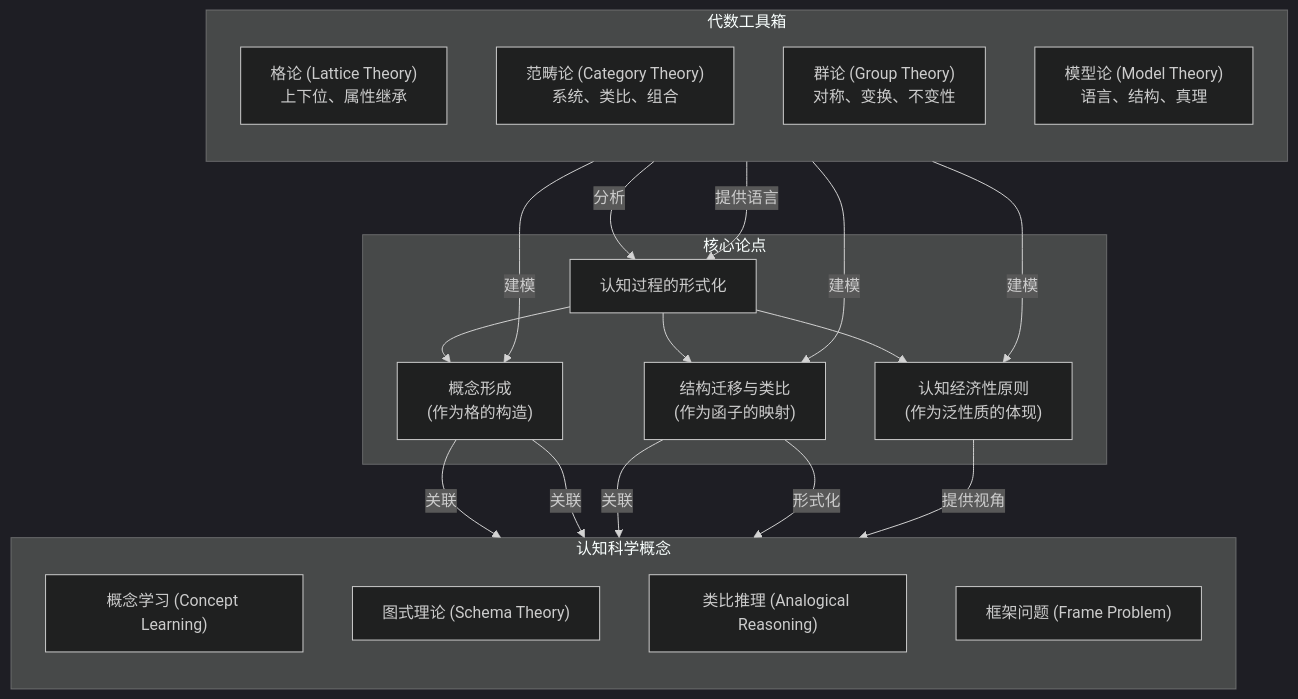
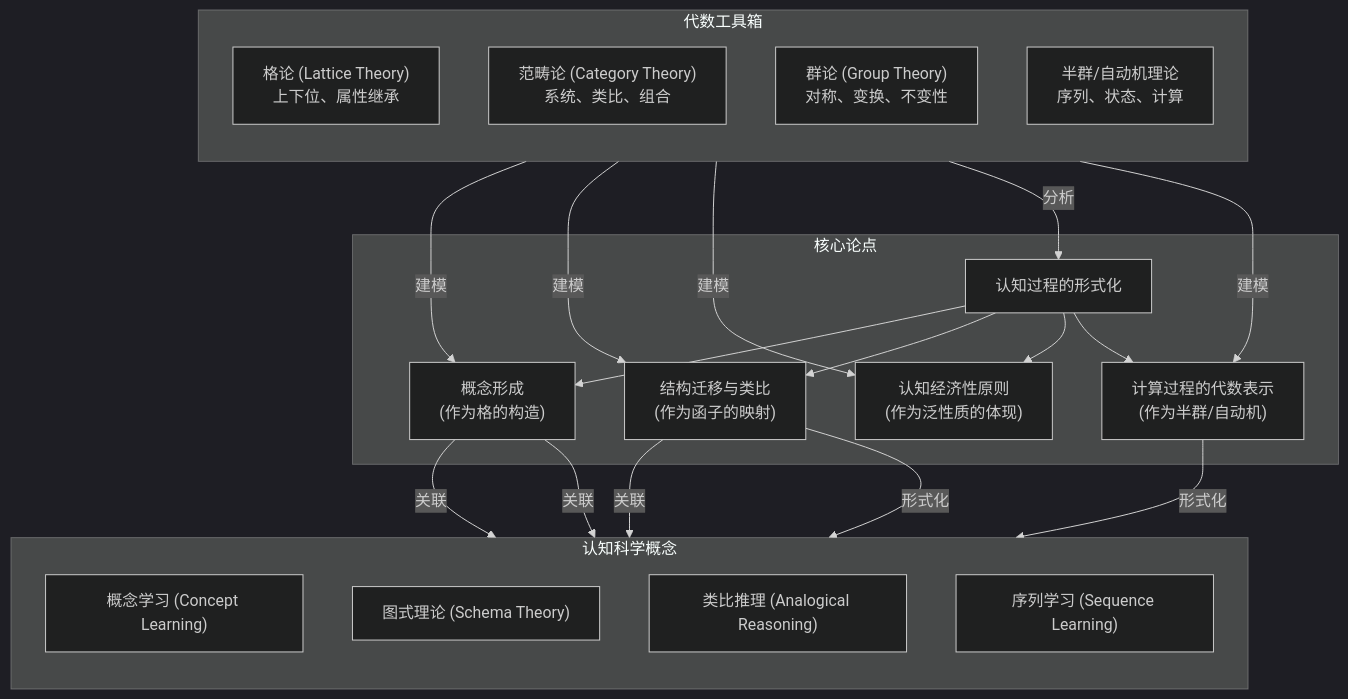
One commit to AdaMartin18010/Mathematics changed the diagram in Math/Refactor/03-代数结构与理论/09-代数认知结构/00-代数认知结构总览.md. Above: the diagram before and after it, drawn with Mermaid (dark theme). The commit also changed other lines of this file and 7 other files, not shown here.

````diff
--- a/Math/Refactor/03-代数结构与理论/09-代数认知结构/00-代数认知结构总览.md
+++ b/Math/Refactor/03-代数结构与理论/09-代数认知结构/00-代数认知结构总览.md
@@ -18,36 +18,37 @@
 ```mermaid
 graph TD
     subgraph 核心论点
         A["认知过程的形式化"]
         A --> B["概念形成<br/>(作为格的构造)"];
         A --> C["结构迁移与类比<br/>(作为函子的映射)"];
         A --> D["认知经济性原则<br/>(作为泛性质的体现)"];
+        A --> M["计算过程的代数表示<br/>(作为半群/自动机)"];
     end
 
     subgraph 代数工具箱
         direction TB
         E["格论 (Lattice Theory)<br/>上下位、属性继承"]
         F["范畴论 (Category Theory)<br/>系统、类比、组合"]
         G["群论 (Group Theory)<br/>对称、变换、不变性"]
-        H["模型论 (Model Theory)<br/>语言、结构、真理"]
+        N["半群/自动机理论<br/>序列、状态、计算"]
     end
 
     E -- "建模" --> B;
     F -- "建模" --> C;
     F -- "建模" --> D;
     G -- "分析" --> A;
-    H -- "提供语言" --> A;
+    N -- "建模" --> M;
 
     subgraph 认知科学概念
         direction TB
         I["概念学习 (Concept Learning)"]
         J["图式理论 (Schema Theory)"]
         K["类比推理 (Analogical Reasoning)"]
-        L["框架问题 (Frame Problem)"]
+        L["序列学习 (Sequence Learning)"]
     end
 
     B -- "关联" --> I;
     B & C -- "关联" --> J;
     C -- "形式化" --> K;
-    D -- "提供视角" --> L;
+    M -- "形式化" --> L;
 ```
````
